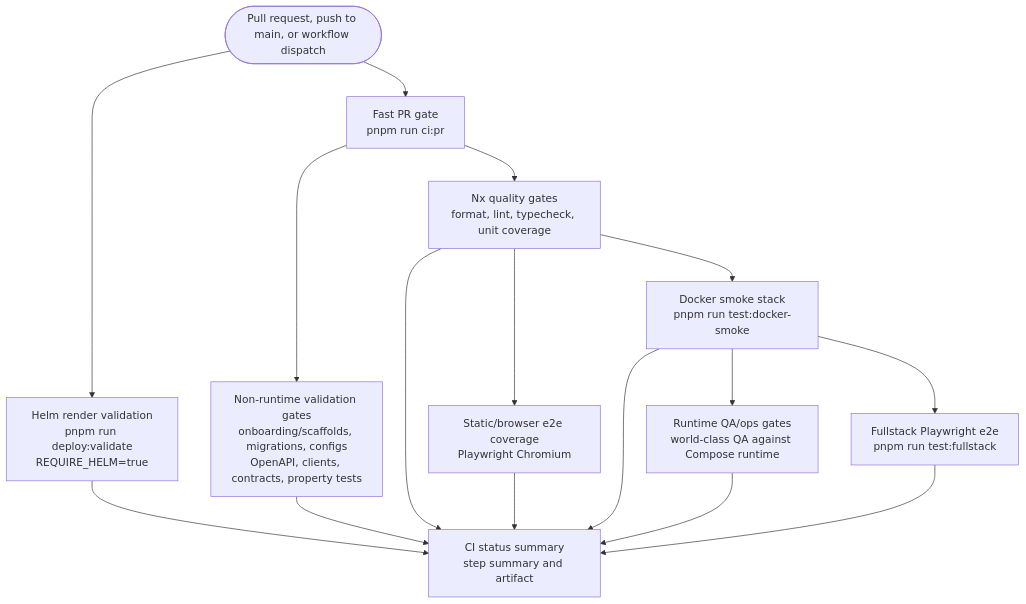
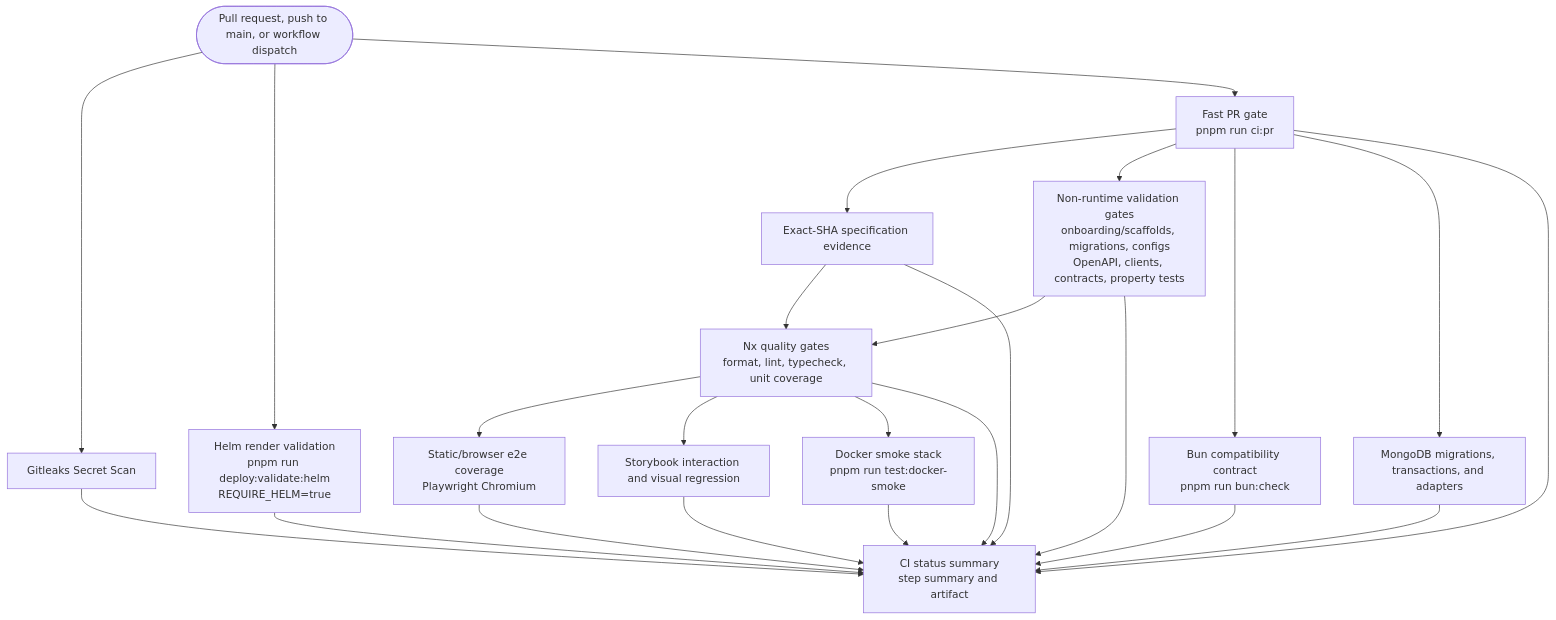
One commit to nmime/nest-react-boilerplate changed the diagram in docs/ci-observability.md. Above: the diagram before and after it, drawn with Mermaid. The commit also changed other lines of this file and 3 other files, not shown here.

````diff
--- a/docs/ci-observability.md
+++ b/docs/ci-observability.md
@@ -29,28 +35,39 @@
 ```mermaid
 flowchart TD
   start([Pull request, push to main, or workflow dispatch])
-  helm[Helm render validation<br/>pnpm run deploy:validate<br/>REQUIRE_HELM=true]
+  gitleaks[Gitleaks Secret Scan]
+  helm[Helm render validation<br/>pnpm run deploy:validate:helm<br/>REQUIRE_HELM=true]
   fast[Fast PR gate<br/>pnpm run ci:pr]
+  spec[Exact-SHA specification evidence]
   nonruntime[Non-runtime validation gates<br/>onboarding/scaffolds, migrations, configs<br/>OpenAPI, clients, contracts, property tests]
+  buncompat[Bun compatibility contract<br/>pnpm run bun:check]
+  mongo[MongoDB migrations, transactions, and adapters]
   quality[Nx quality gates<br/>format, lint, typecheck, unit coverage]
   browser[Static/browser e2e coverage<br/>Playwright Chromium]
+  visual[Storybook interaction and visual regression]
   docker[Docker smoke stack<br/>pnpm run test:docker-smoke]
-  ops[Runtime QA/ops gates<br/>world-class QA against Compose runtime]
-  fullstack[Fullstack Playwright e2e<br/>pnpm run test:fullstack]
   summary[CI status summary<br/>step summary and artifact]
+  start --> gitleaks
   start --> helm
   start --> fast
+  fast --> spec
   fast --> nonruntime
-  fast --> quality
+  fast --> buncompat
+  fast --> mongo
+  spec --> quality
+  nonruntime --> quality
   quality --> browser
+  quality --> visual
   quality --> docker
-  docker --> ops
-  docker --> fullstack
+  gitleaks --> summary
   helm --> summary
+  fast --> summary
+  spec --> summary
   nonruntime --> summary
+  buncompat --> summary
+  mongo --> summary
   quality --> summary
   browser --> summary
+  visual --> summary
   docker --> summary
-  ops --> summary
-  fullstack --> summary
 ```
````
